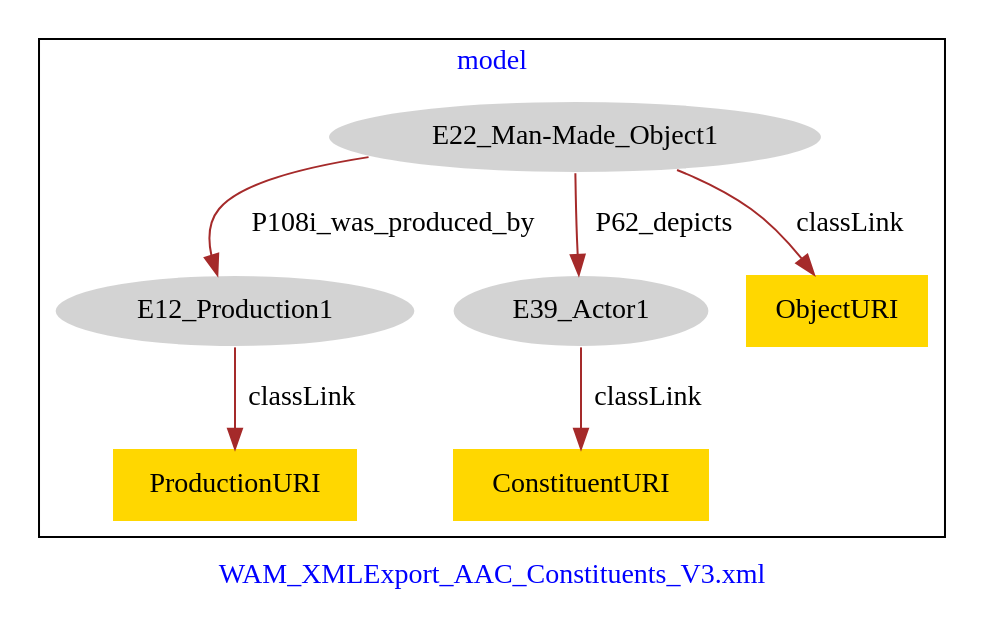
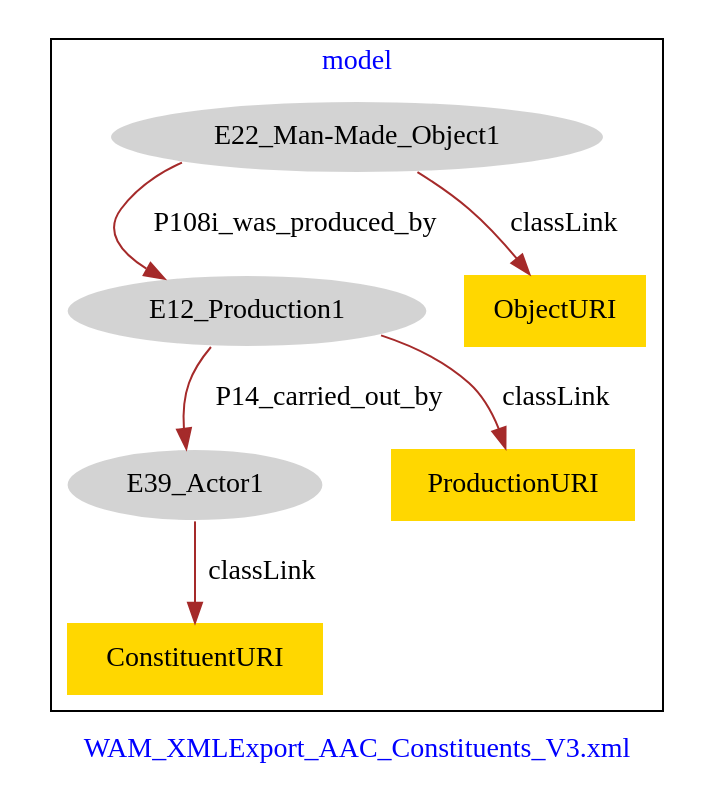
Before and after one commit to american-art/wam: the diagram in WAM_AAC_Constituents_role/WAM_AAC_Constituents_role-model.dot, drawn with Graphviz.

Commit message:
Update file WAM_AAC_Constituents_role-model.dot

```diff
--- a/WAM_AAC_Constituents_role/WAM_AAC_Constituents_role-model.dot
+++ b/WAM_AAC_Constituents_role/WAM_AAC_Constituents_role-model.dot
@@ -1,19 +1,19 @@
 digraph n0 {
 fontcolor="blue"
 remincross="true"
 label="WAM_XMLExport_AAC_Constituents_V3.xml"
 subgraph cluster {
 label="model"
-n2[style="filled",color="white",fillcolor="lightgray",label="E22_Man-Made_Object1"];
-n3[style="filled",color="white",fillcolor="lightgray",label="E12_Production1"];
-n4[style="filled",color="white",fillcolor="lightgray",label="E39_Actor1"];
+n2[style="filled",color="white",fillcolor="lightgray",label="E12_Production1"];
+n3[style="filled",color="white",fillcolor="lightgray",label="E39_Actor1"];
+n4[style="filled",color="white",fillcolor="lightgray",label="E22_Man-Made_Object1"];
 n5[shape="plaintext",style="filled",fillcolor="gold",label="ProductionURI"];
 n6[shape="plaintext",style="filled",fillcolor="gold",label="ObjectURI"];
 n7[shape="plaintext",style="filled",fillcolor="gold",label="ConstituentURI"];
 }
-n2 -> n3[color="brown",fontcolor="black",label="P108i_was_produced_by"]
-n2 -> n4[color="brown",fontcolor="black",label="P62_depicts"]
-n3 -> n5[color="brown",fontcolor="black",label="classLink"]
-n2 -> n6[color="brown",fontcolor="black",label="classLink"]
-n4 -> n7[color="brown",fontcolor="black",label="classLink"]
+n2 -> n3[color="brown",fontcolor="black",label="P14_carried_out_by"]
+n4 -> n2[color="brown",fontcolor="black",label="P108i_was_produced_by"]
+n2 -> n5[color="brown",fontcolor="black",label="classLink"]
+n4 -> n6[color="brown",fontcolor="black",label="classLink"]
+n3 -> n7[color="brown",fontcolor="black",label="classLink"]
 }
```
